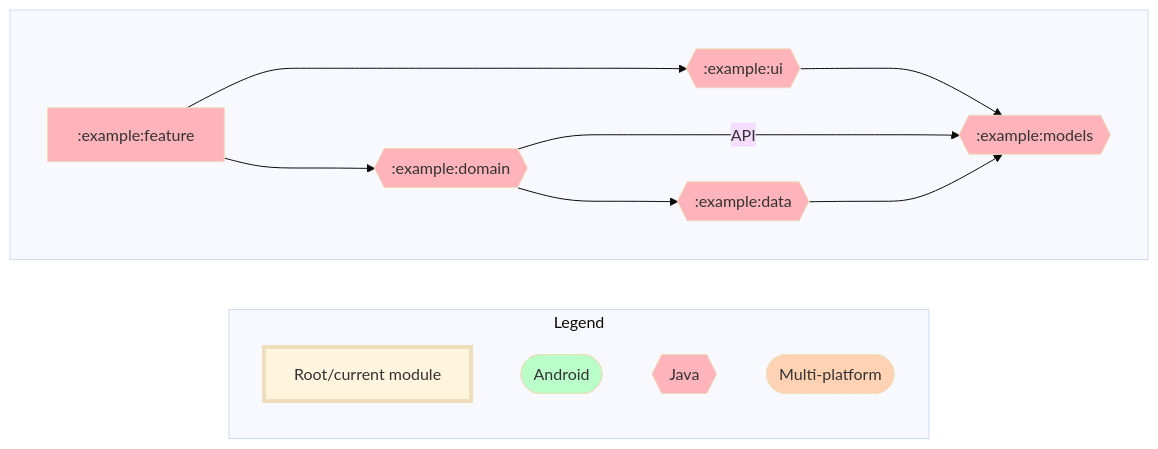
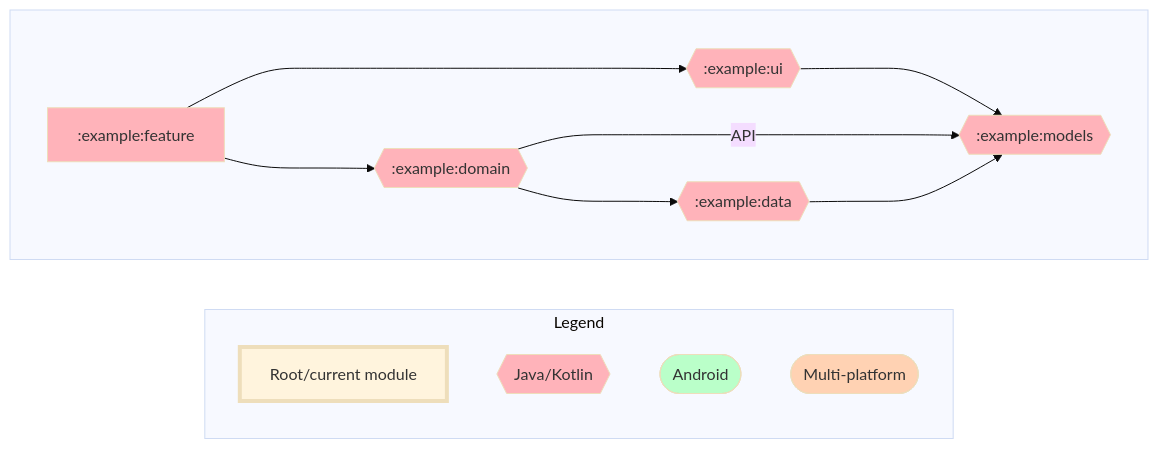
One commit to adityabhaskar/Gradle-dependency-graphs changed the diagram in dependencyGraph.md. Above: the diagram before and after it, drawn with Mermaid.

Commit message:
Update root graph with new legend order

````diff
--- a/dependencyGraph.md
+++ b/dependencyGraph.md
@@ -1,46 +1,46 @@
 ```mermaid
 %%{ init: { 'theme': 'base' } }%%
 graph LR;
 
 %% Styling for module nodes by type
 classDef rootNode stroke-width:4px;
 classDef mppNode fill:#ffd2b3;
 classDef andNode fill:#baffc9;
 classDef javaNode fill:#ffb3ba;
 
 %% Graph types
 subgraph Legend
   direction TB;
   rootNode[Root/current module]:::rootNode;
+  javaNode{{Java/Kotlin}}:::javaNode;
   andNode([Android]):::andNode;
-  javaNode{{Java}}:::javaNode;
   mppNode([Multi-platform]):::mppNode;
 end
 
 %% Modules
 subgraph  
   direction LR;
   :example:data{{:example:data}}:::javaNode;
   :example:domain{{:example:domain}}:::javaNode;
   :example:feature[:example:feature]:::javaNode;
   :example:models{{:example:models}}:::javaNode;
   :example:ui{{:example:ui}}:::javaNode;
 end
 
 %% Dependencies
 :example:data--->:example:models
 :example:feature--->:example:ui
 :example:feature--->:example:domain
 :example:ui--->:example:models
 :example:domain--API--->:example:models
 :example:domain--->:example:data
 
 %% Dependents
 
 %% Click interactions
 click :example:data https://github.com/adityabhaskar/Project-Dependency-Graph/blob/main/example/data/dependencyGraph.md
 click :example:domain https://github.com/adityabhaskar/Project-Dependency-Graph/blob/main/example/domain/dependencyGraph.md
 click :example:feature https://github.com/adityabhaskar/Project-Dependency-Graph/blob/main/example/feature/dependencyGraph.md
 click :example:models https://github.com/adityabhaskar/Project-Dependency-Graph/blob/main/example/models/dependencyGraph.md
 click :example:ui https://github.com/adityabhaskar/Project-Dependency-Graph/blob/main/example/ui/dependencyGraph.md
 ```
````
